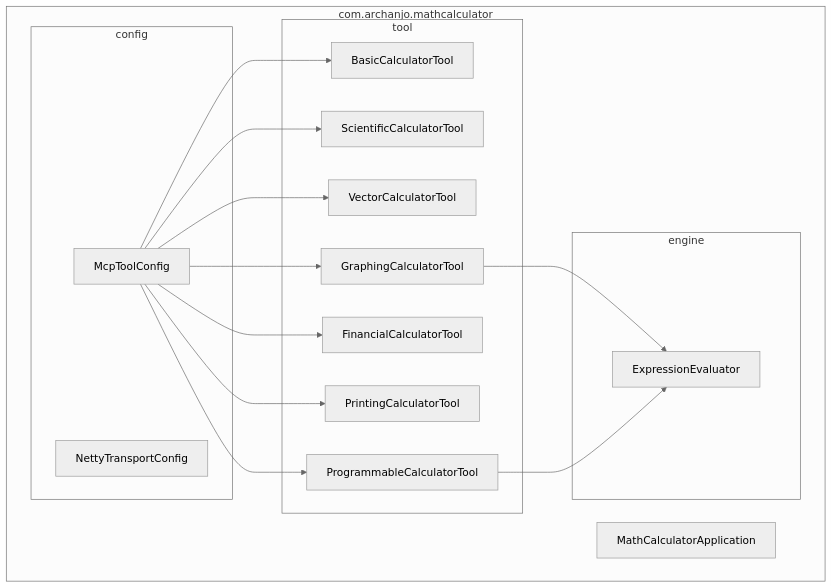
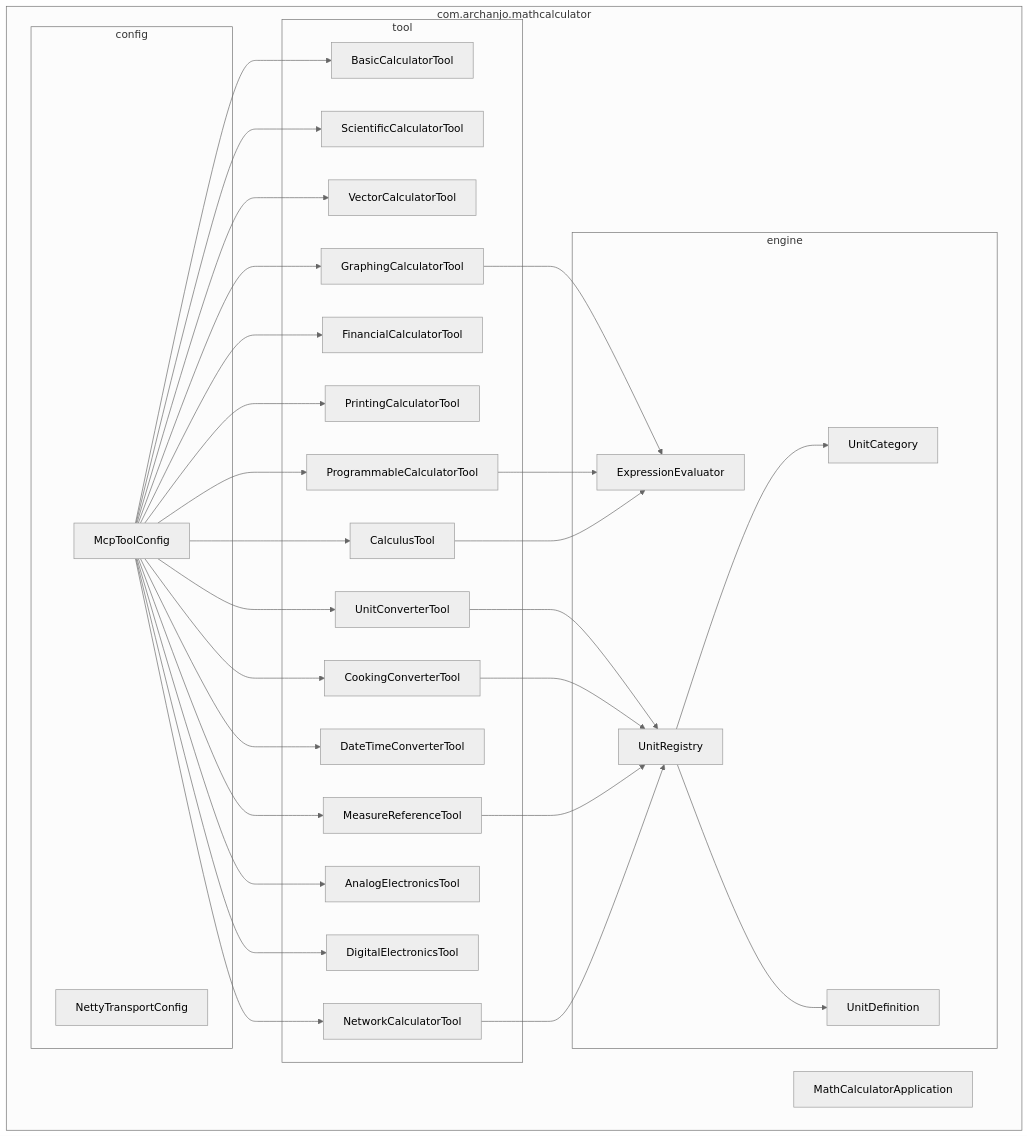
The eighth of 8 diagrams in docs/architecture.md (farchanjo/math-calculator), drawn with Mermaid (neutral theme) before and after one commit. The commit also changed other lines of this file and 4 other files, not shown here.

First line of the commit message:
docs(tools): add network, electronics, and calculus documentation

````diff
--- a/docs/architecture.md
+++ b/docs/architecture.md
@@ -112,32 +137,58 @@
 ```mermaid
 graph TB
     subgraph "com.archanjo.mathcalculator"
         APP[MathCalculatorApplication]
         subgraph config
             NTC[NettyTransportConfig]
             MTC[McpToolConfig]
         end
         subgraph engine
             EE[ExpressionEvaluator]
+            UC[UnitCategory]
+            UD[UnitDefinition]
+            UR[UnitRegistry]
         end
         subgraph tool
             BCT[BasicCalculatorTool]
             SCT[ScientificCalculatorTool]
             VCT[VectorCalculatorTool]
             GCT[GraphingCalculatorTool]
             FCT[FinancialCalculatorTool]
             PCT[PrintingCalculatorTool]
             PRCT[ProgrammableCalculatorTool]
+            UCT[UnitConverterTool]
+            CCT[CookingConverterTool]
+            MRT[MeasureReferenceTool]
+            DTCT[DateTimeConverterTool]
+            NCT2[NetworkCalculatorTool]
+            AET2[AnalogElectronicsTool]
+            DET2[DigitalElectronicsTool]
+            CLT2[CalculusTool]
         end
     end
 
     MTC --> BCT
     MTC --> SCT
     MTC --> VCT
     MTC --> GCT
     MTC --> FCT
     MTC --> PCT
     MTC --> PRCT
+    MTC --> UCT
+    MTC --> CCT
+    MTC --> MRT
+    MTC --> DTCT
+    MTC --> NCT2
+    MTC --> AET2
+    MTC --> DET2
+    MTC --> CLT2
     GCT --> EE
     PRCT --> EE
+    UCT --> UR
+    CCT --> UR
+    MRT --> UR
+    NCT2 --> UR
+    CLT2 --> EE
+    UR --> UC
+    UR --> UD
 ```
````
